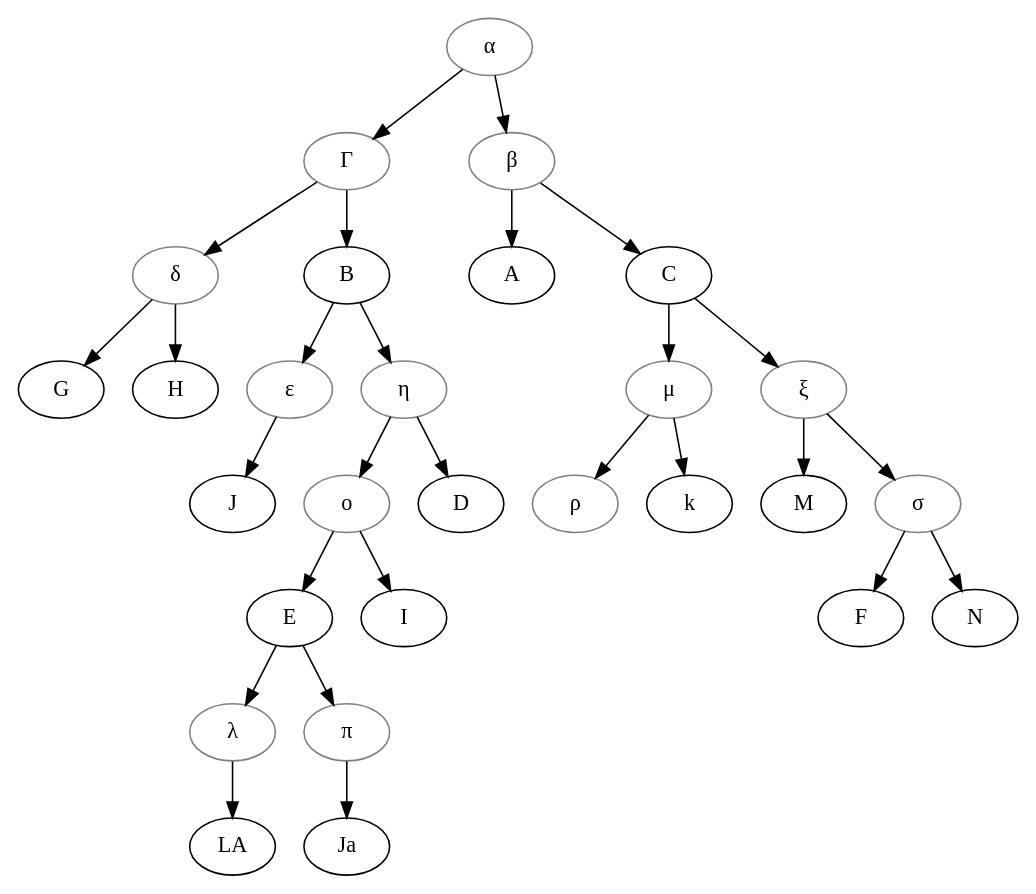
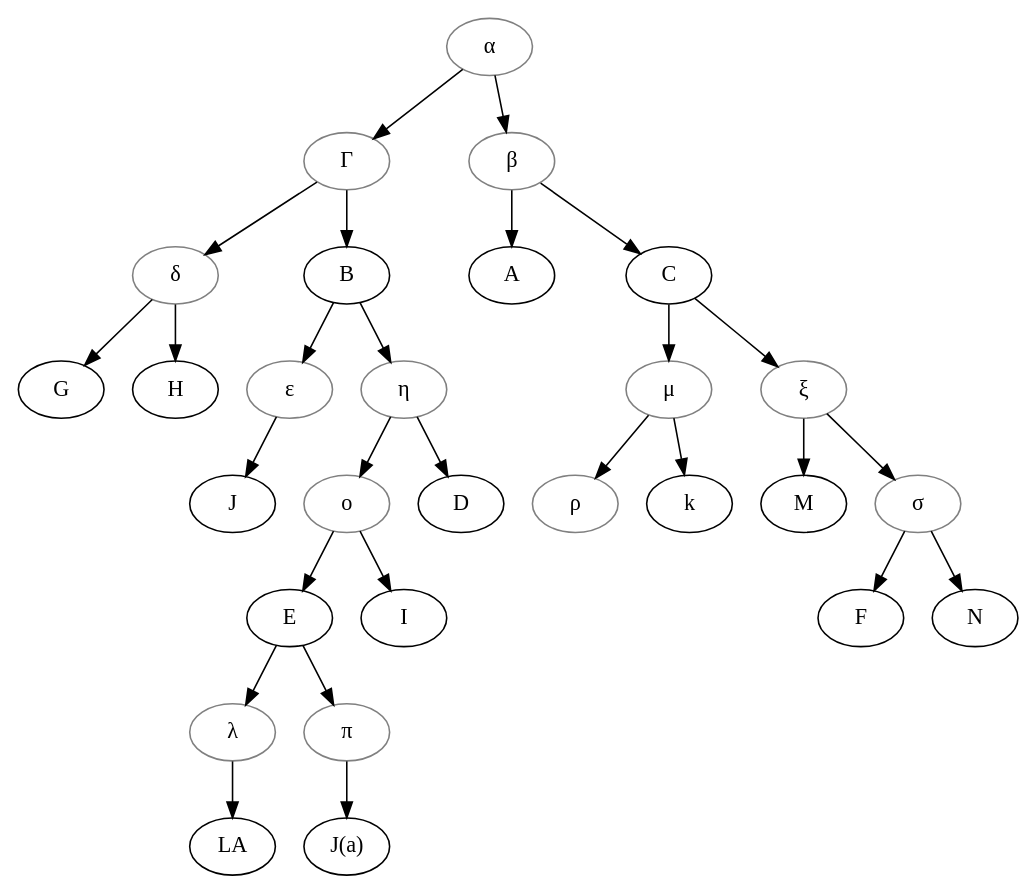
One commit to OpenStemmata/database changed the diagram in data/egy/Patane_1985_HymneAOsiris/stemma.gv. Above: the diagram before and after it, drawn with Graphviz.

```diff
--- a/data/egy/Patane_1985_HymneAOsiris/stemma.gv
+++ b/data/egy/Patane_1985_HymneAOsiris/stemma.gv
@@ -1,48 +1,46 @@
-# Place the cursor inside "graph" to get some refactoring options
-
 digraph {
 
-    # To refactor nodes, place the cursor left to a node name
     alpha -> gama;
     alpha -> beta;
     beta -> A;
     beta -> C;
     C-> mu;
     mu -> rho;
     mu -> k;
     C-> to;
     to -> M;
     to -> sigma;
     sigma -> F;
     sigma -> N;
     gama -> delta; 
     delta -> G;
     delta -> H; 
     gama -> B;
     B ->  epsilon; 
     epsilon -> J; 
     B -> eta; 
     eta -> omicron;
     eta -> D;
     omicron -> E;
     omicron -> I;
     E -> lambda; 
     E -> pi;
     lambda -> LA;
     pi -> Ja;
 
-    # Grey color is used for hypothetical nodes; labels can be redefined if needed
     alpha[color="grey", label="α"];
     beta[color="grey", label="β"];
     gama[color="grey", label="Γ"];
     mu[color="grey", label="μ"];
     rho[color="grey", label="ρ"];
     to[color="grey", label="ξ"];
     sigma[color="grey", label="σ"];
     delta[color="grey", label="δ"];
     epsilon[color="grey", label="ε"];
     eta[color="grey", label="η"];
     omicron[color="grey", label="ο"];
     lambda[color="grey", label="λ"];
     pi[color="grey", label="π"];
+    Ja[label="J(a)"]
+
 }
```
